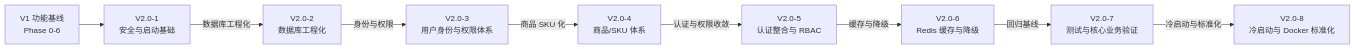
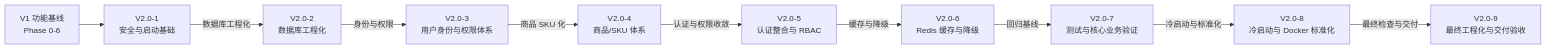
The second of 2 diagrams in docs/development/dependency-tree.md (han666287-code/tea-mall), drawn with Mermaid before and after one commit. The commit also changed other lines of this file and 5 other files, not shown here.

````diff
--- a/docs/development/dependency-tree.md
+++ b/docs/development/dependency-tree.md
@@ -21,11 +21,12 @@
 ```mermaid
 flowchart LR
     V1[V1 功能基线<br/>Phase 0-6] --> A[V2.0-1<br/>安全与启动基础]
     A -->|数据库工程化| B[V2.0-2<br/>数据库工程化]
     B -->|身份与权限| C[V2.0-3<br/>用户身份与权限体系]
     C -->|商品 SKU 化| D[V2.0-4<br/>商品/SKU 体系]
     D -->|认证与权限收敛| E[V2.0-5<br/>认证整合与 RBAC]
     E -->|缓存与降级| F[V2.0-6<br/>Redis 缓存与降级]
     F -->|回归基线| G[V2.0-7<br/>测试与核心业务验证]
     G -->|冷启动与标准化| H[V2.0-8<br/>冷启动与 Docker 标准化]
+    H -->|最终检查与交付| I[V2.0-9<br/>最终工程化与交付验收]
 ```
````
